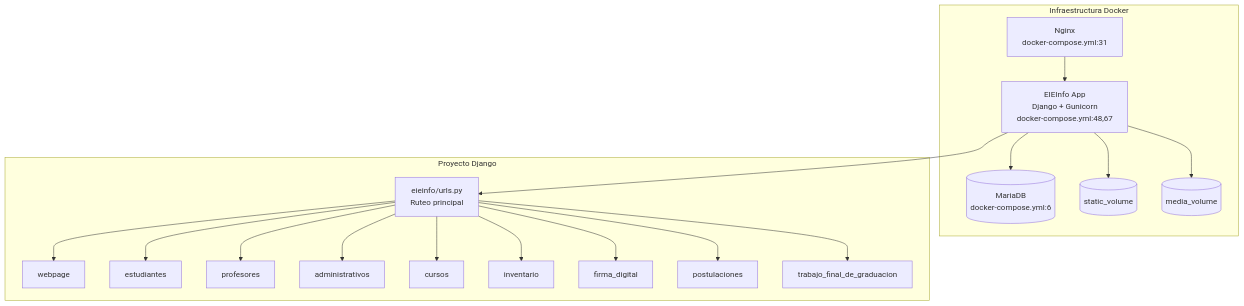
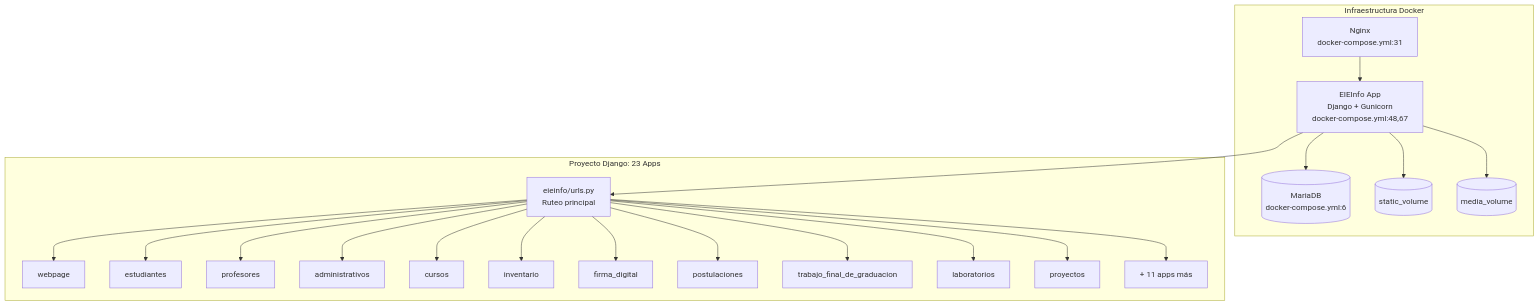
One commit to ErickVM7/IE0417 changed the second of 2 diagrams in Proyecto/entrega-1.md. Above: the diagram before and after it, drawn with Mermaid. The commit also changed other lines of this file, not shown here.

````diff
--- a/Proyecto/entrega-1.md
+++ b/Proyecto/entrega-1.md
@@ -79,39 +81,45 @@
 ```mermaid
 flowchart TB
     subgraph Infraestructura_Docker["Infraestructura Docker"]
         N[Nginx<br/>docker-compose.yml:31]
         APP[EIEInfo App<br/>Django + Gunicorn<br/>docker-compose.yml:48,67]
         DB[(MariaDB<br/>docker-compose.yml:6)]
         VOL1[(static_volume)]
         VOL2[(media_volume)]
     end
 
-    subgraph Proyecto_Django["Proyecto Django"]
+    subgraph Proyecto_Django["Proyecto Django: 23 Apps"]
         URLS[eieinfo/urls.py<br/>Ruteo principal]
         WEB[webpage]
         EST[estudiantes]
         PROF[profesores]
         ADM[administrativos]
         CUR[cursos]
         INV[inventario]
         FD[firma_digital]
         POST[postulaciones]
         TFG[trabajo_final_de_graduacion]
+        LAB[laboratorios]
+        PRY[proyectos]
+        OTROS["+ 11 apps más"]
     end
 
     N --> APP
     APP --> DB
     APP --> VOL1
     APP --> VOL2
     APP --> URLS
 
     URLS --> WEB
     URLS --> EST
     URLS --> PROF
     URLS --> ADM
     URLS --> CUR
     URLS --> INV
     URLS --> FD
     URLS --> POST
     URLS --> TFG
+    URLS --> LAB
+    URLS --> PRY
+    URLS --> OTROS
 ```
````
